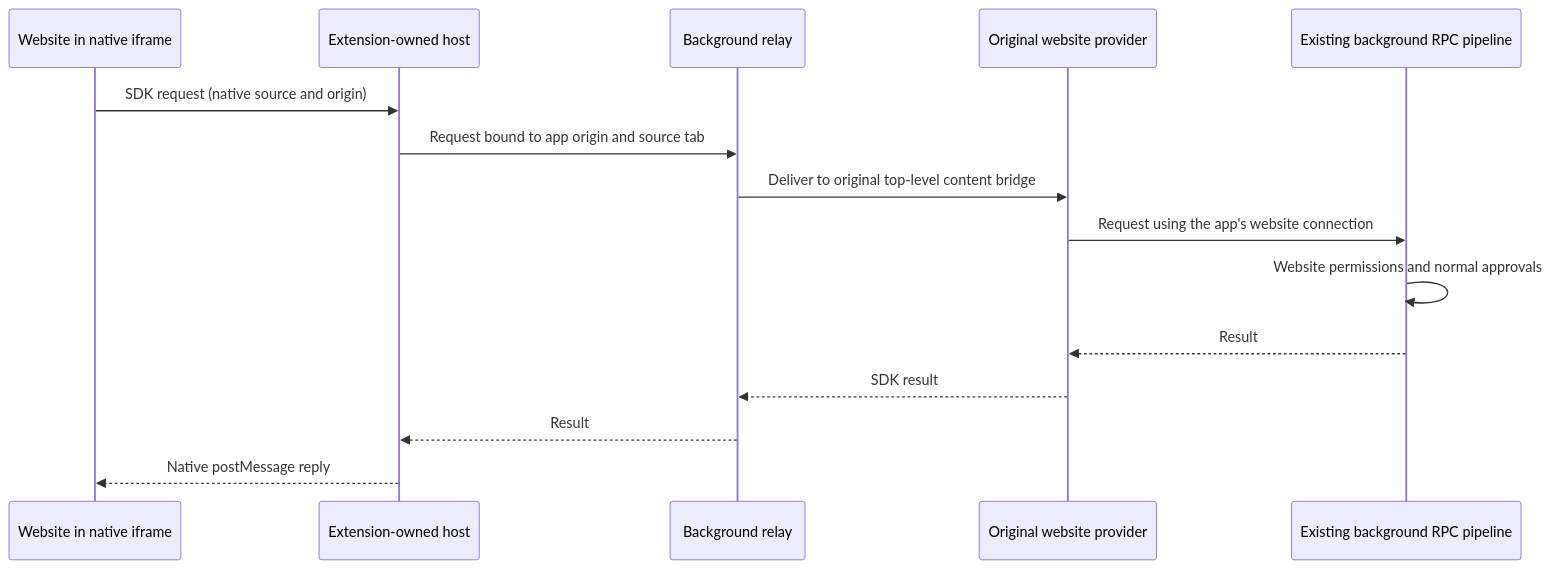
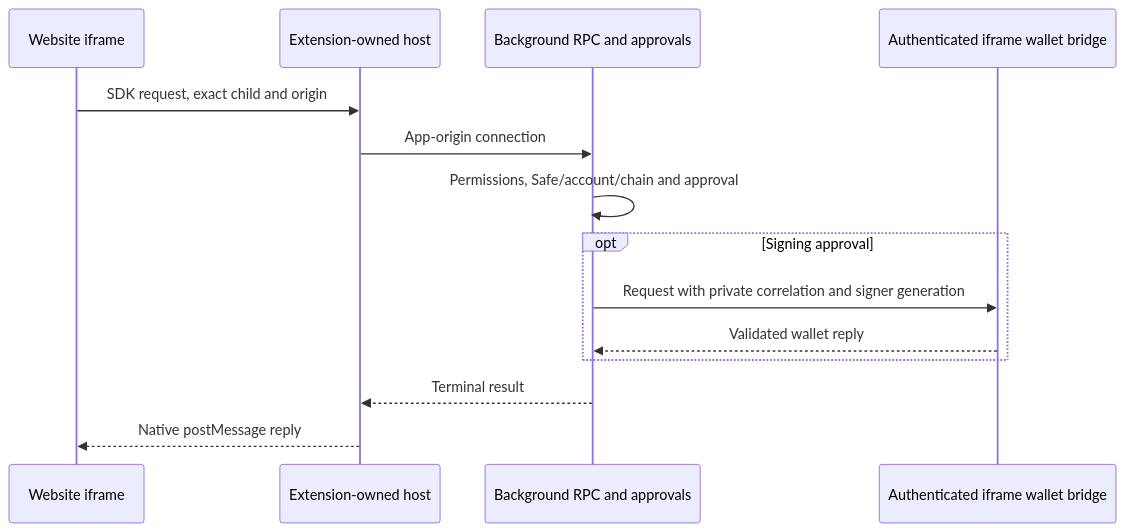
Before and after one commit to DarkFlorist/TheInterceptor: the diagram in docs/testing/native-gnosis-safe-host.md, drawn with Mermaid. The commit also changed other lines of this file and 59 other files, not shown here.

Commit message:
Host Gnosis Safe Apps in the current tab through background sessions

````diff
--- a/docs/testing/native-gnosis-safe-host.md
+++ b/docs/testing/native-gnosis-safe-host.md
@@ -8,17 +8,16 @@
 ```mermaid
 sequenceDiagram
-    participant App as Website in native iframe
+    participant App as Website iframe
     participant Host as Extension-owned host
-    participant Relay as Background relay
-    participant Source as Original website provider
-    participant Core as Existing background RPC pipeline
-    App->>Host: SDK request (native source and origin)
-    Host->>Relay: Request bound to app origin and source tab
-    Relay->>Source: Deliver to original top-level content bridge
-    Source->>Core: Request using the app's website connection
-    Core->>Core: Website permissions and normal approvals
-    Core-->>Source: Result
-    Source-->>Relay: SDK result
-    Relay-->>Host: Result
+    participant Core as Background RPC and approvals
+    participant Wallet as Authenticated iframe wallet bridge
+    App->>Host: SDK request, exact child and origin
+    Host->>Core: App-origin connection
+    Core->>Core: Permissions, Safe/account/chain and approval
+    opt Signing approval
+        Core->>Wallet: Request with private correlation and signer generation
+        Wallet-->>Core: Validated wallet reply
+    end
+    Core-->>Host: Terminal result
     Host-->>App: Native postMessage reply
 ```
````
